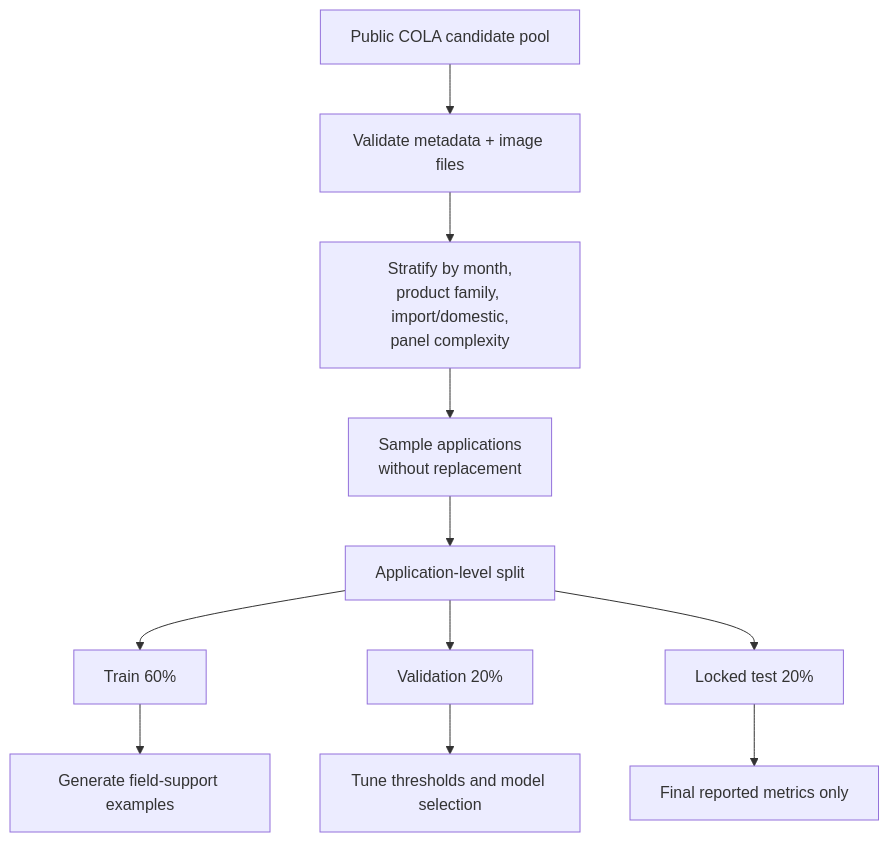
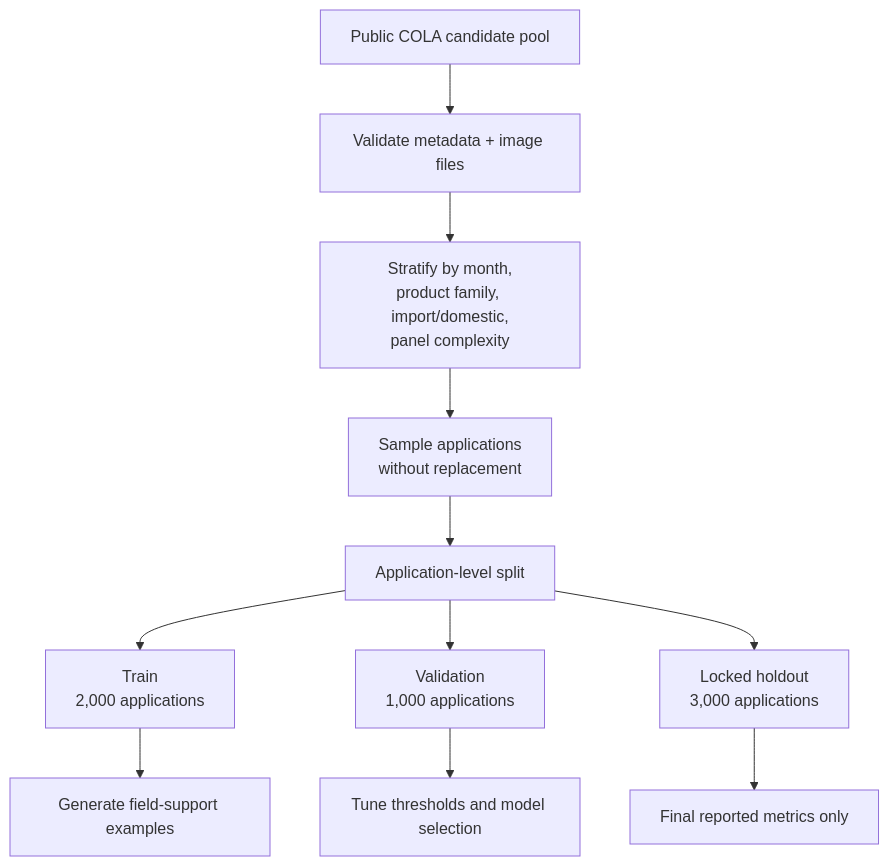
The third of 9 diagrams in MODEL_ARCHITECTURE.md (AaronNHorvitz/Labels-On-Tap), drawn with Mermaid before and after one commit. The commit also changed other lines of this file and 7 other files, not shown here.

````diff
--- a/MODEL_ARCHITECTURE.md
+++ b/MODEL_ARCHITECTURE.md
@@ -159,13 +159,13 @@
 ```mermaid
 flowchart TD
     A["Public COLA candidate pool"] --> B["Validate metadata + image files"]
     B --> C["Stratify by month,<br/>product family, import/domestic,<br/>panel complexity"]
     C --> D["Sample applications<br/>without replacement"]
     D --> E["Application-level split"]
-    E --> F["Train 60%"]
-    E --> G["Validation 20%"]
-    E --> H["Locked test 20%"]
+    E --> F["Train<br/>2,000 applications"]
+    E --> G["Validation<br/>1,000 applications"]
+    E --> H["Locked holdout<br/>3,000 applications"]
     F --> I["Generate field-support examples"]
     G --> J["Tune thresholds and model selection"]
     H --> K["Final reported metrics only"]
 ```
````
